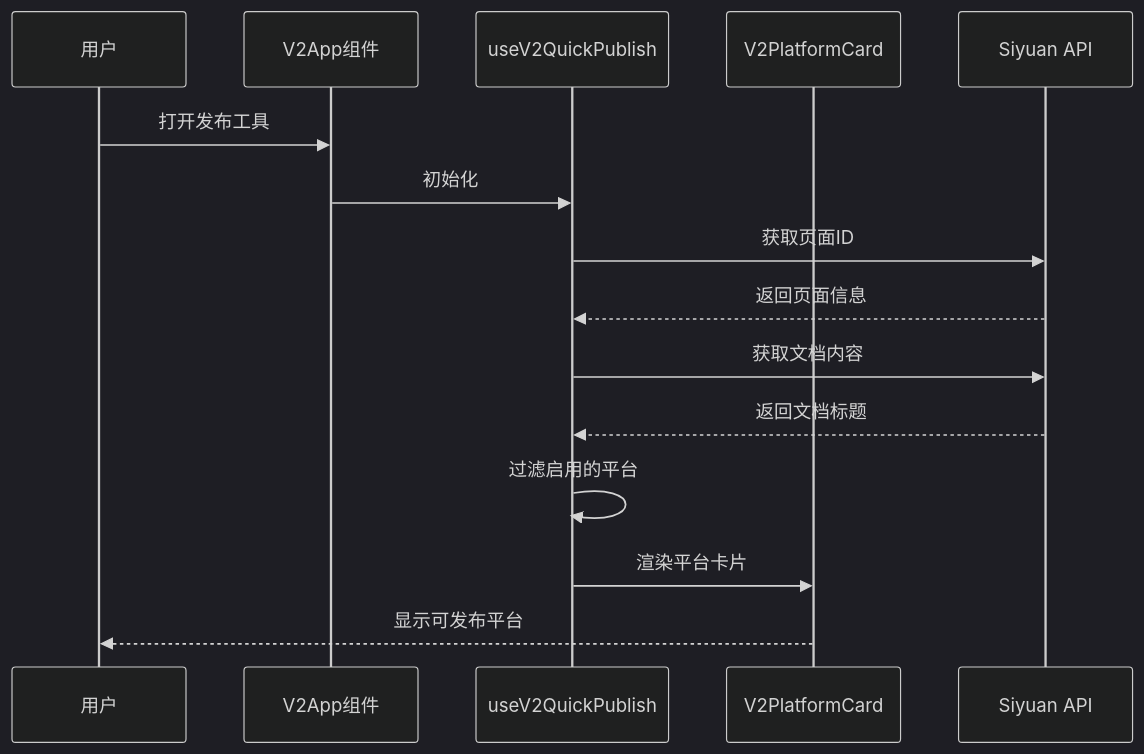
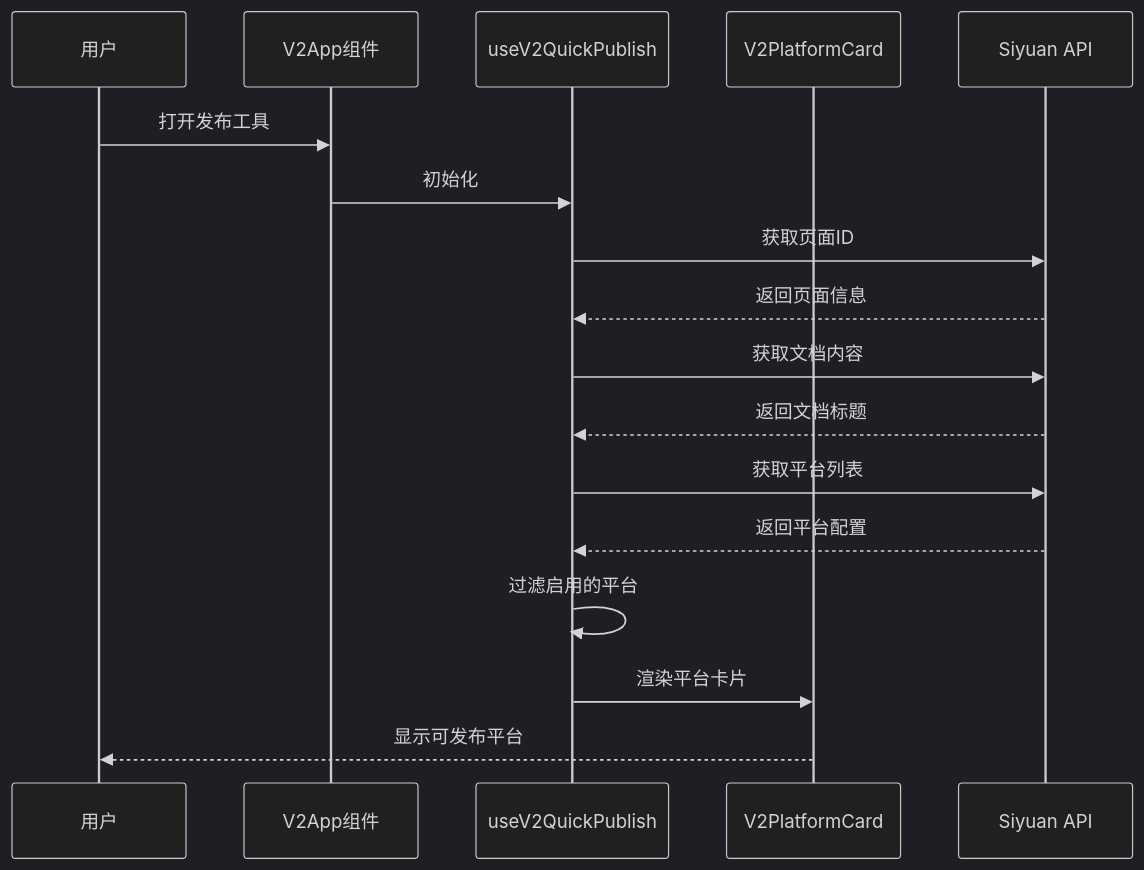
One commit to terwer/siyuan-plugin-publisher changed the third of 11 diagrams in .qoder/repowiki/zh/content/用户界面组件/UI V2 设计原则.md. Above: the diagram before and after it, drawn with Mermaid (dark theme). The commit also changed other lines of this file and 27 other files, not shown here.

````diff
--- a/.qoder/repowiki/zh/content/用户界面组件/UI V2 设计原则.md
+++ b/.qoder/repowiki/zh/content/用户界面组件/UI V2 设计原则.md
@@ -134,17 +135,19 @@
 ```mermaid
 sequenceDiagram
 participant User as 用户
 participant V2App as V2App组件
 participant QuickPublish as useV2QuickPublish
 participant PlatformCard as V2PlatformCard
 participant API as Siyuan API
 User->>V2App : 打开发布工具
 V2App->>QuickPublish : 初始化
 QuickPublish->>API : 获取页面ID
 API-->>QuickPublish : 返回页面信息
 QuickPublish->>API : 获取文档内容
 API-->>QuickPublish : 返回文档标题
+QuickPublish->>API : 获取平台列表
+API-->>QuickPublish : 返回平台配置
 QuickPublish->>QuickPublish : 过滤启用的平台
 QuickPublish->>PlatformCard : 渲染平台卡片
 PlatformCard-->>User : 显示可发布平台
 ```
````
